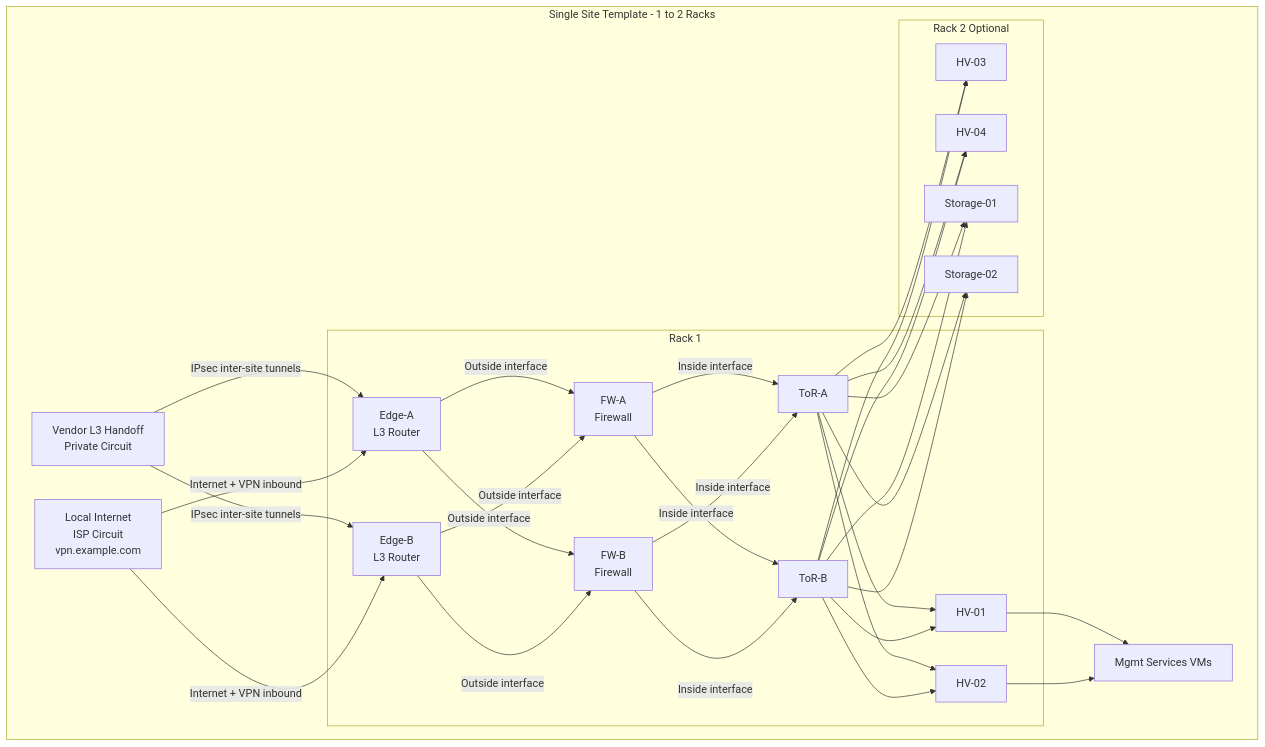
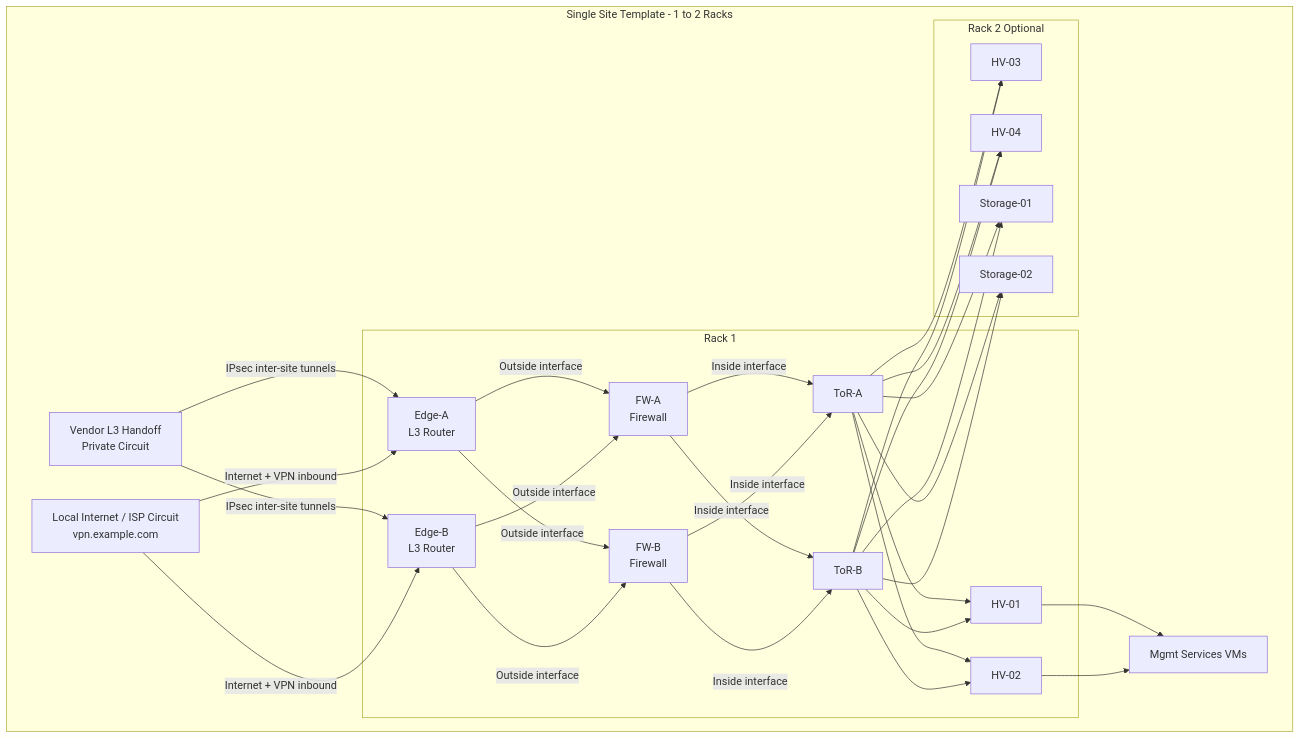
One commit to pancakesaregood/distributed-dc changed the diagram in network-spanned-dc/docs/03_diagrams/topology_per_site.mmd.md. Above: the diagram before and after it, drawn with Mermaid. The commit also changed 8 other files, not shown here.

````diff
--- a/network-spanned-dc/docs/03_diagrams/topology_per_site.mmd.md
+++ b/network-spanned-dc/docs/03_diagrams/topology_per_site.mmd.md
@@ -5,57 +5,57 @@
 ```mermaid
 graph TD
   subgraph Site[Single Site Template - 1 to 2 Racks]
     subgraph Rack1[Rack 1]
-      E1[Edge-A\nL3 Router]
-      E2[Edge-B\nL3 Router]
-      F1[FW-A\nFirewall]
-      F2[FW-B\nFirewall]
+      E1["Edge-A<br/>L3 Router"]
+      E2["Edge-B<br/>L3 Router"]
+      F1["FW-A<br/>Firewall"]
+      F2["FW-B<br/>Firewall"]
       T1[ToR-A]
       T2[ToR-B]
       H1[HV-01]
       H2[HV-02]
     end
 
     subgraph Rack2[Rack 2 Optional]
       H3[HV-03]
       H4[HV-04]
       S1[Storage-01]
       S2[Storage-02]
     end
 
-    WAN[Vendor L3 Handoff\nPrivate Circuit]
-    INET[Local Internet\nISP Circuit\nvpn.example.com]
+    WAN["Vendor L3 Handoff<br/>Private Circuit"]
+    INET["Local Internet / ISP Circuit<br/>vpn.example.com"]
     MGMT[Mgmt Services VMs]
   end
 
   WAN -->|IPsec inter-site tunnels| E1
   WAN -->|IPsec inter-site tunnels| E2
   INET -->|Internet + VPN inbound| E1
   INET -->|Internet + VPN inbound| E2
 
   E1 -->|Outside interface| F1
   E1 -->|Outside interface| F2
   E2 -->|Outside interface| F1
   E2 -->|Outside interface| F2
 
   F1 -->|Inside interface| T1
   F1 -->|Inside interface| T2
   F2 -->|Inside interface| T1
   F2 -->|Inside interface| T2
 
   T1 --> H1
   T2 --> H1
   T1 --> H2
   T2 --> H2
   T1 --> H3
   T2 --> H3
   T1 --> H4
   T2 --> H4
   T1 --> S1
   T2 --> S1
   T1 --> S2
   T2 --> S2
 
   H1 --> MGMT
   H2 --> MGMT
 ```
````
